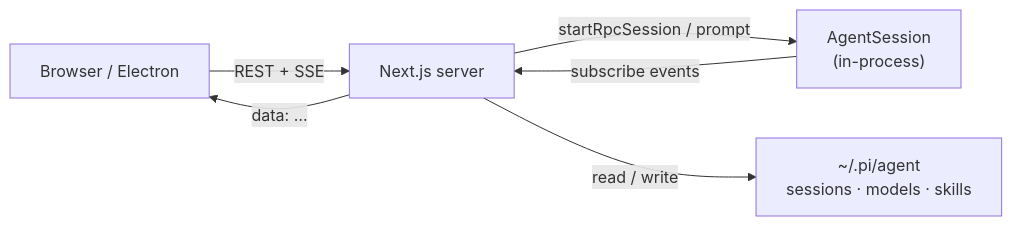
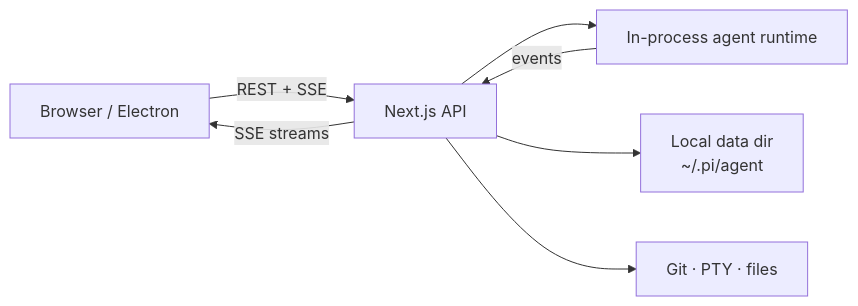
One commit to ct-jyjntc/pi-web changed the diagram in README.md. Above: the diagram before and after it, drawn with Mermaid. The commit also changed other lines of this file and 1 other file, not shown here.

````diff
--- a/README.md
+++ b/README.md
@@ -164,13 +147,15 @@
 ```mermaid
 flowchart LR
-  Browser["Browser / Electron"]
-  Next["Next.js server"]
-  Agent["AgentSession\n(in-process)"]
-  Disk["~/.pi/agent\nsessions · models · skills"]
+  Client["Browser / Electron"]
+  Next["Next.js API"]
+  Runtime["In-process agent runtime"]
+  Disk["Local data dir\n~/.pi/agent"]
+  Git["Git · PTY · files"]
 
-  Browser -->|"REST + SSE"| Next
-  Next -->|"startRpcSession / prompt"| Agent
-  Next -->|"read / write"| Disk
-  Agent -->|"subscribe events"| Next
-  Next -->|"data: …"| Browser
+  Client -->|"REST + SSE"| Next
+  Next --> Runtime
+  Next --> Disk
+  Next --> Git
+  Runtime -->|"events"| Next
+  Next -->|"SSE streams"| Client
 ```
````
